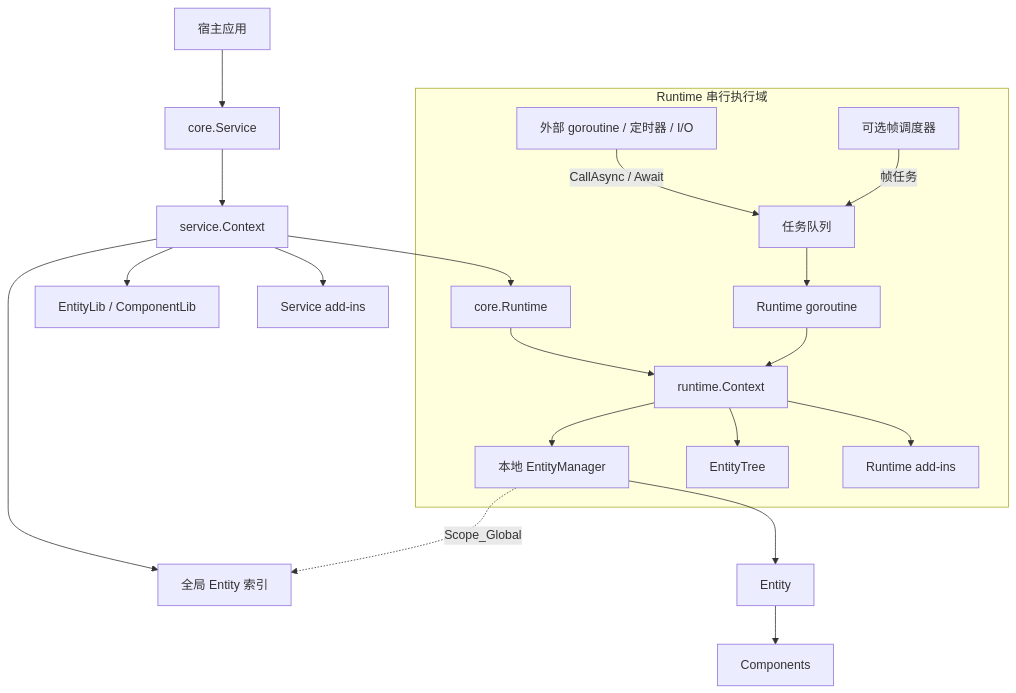
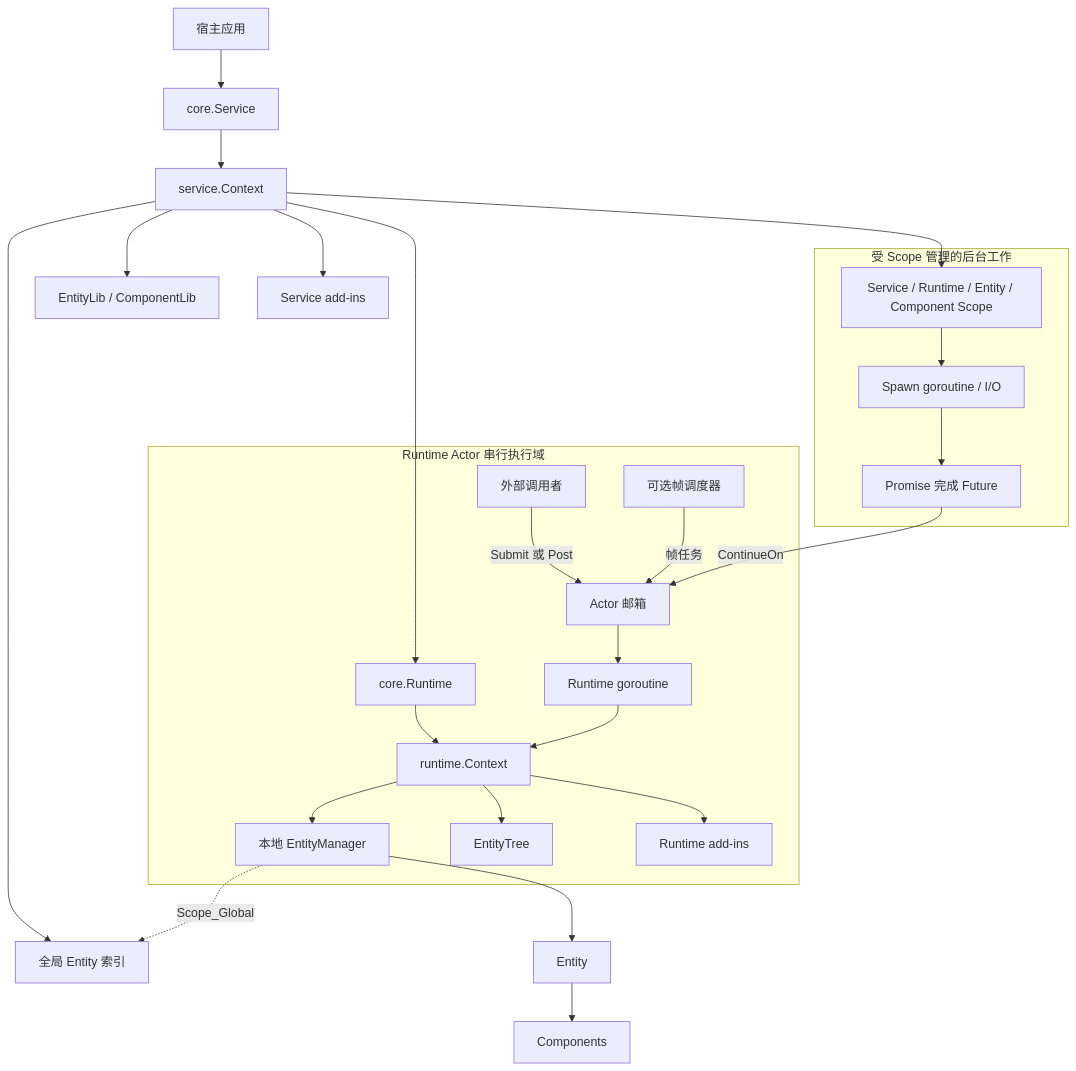
The first of 3 diagrams in README.zh_CN.md (pangdogs/core), drawn with Mermaid before and after one commit. The commit also changed other lines of this file and 50 other files, not shown here.

````diff
--- a/README.zh_CN.md
+++ b/README.zh_CN.md
@@ -72,24 +72,32 @@
 ```mermaid
 flowchart TB
     Host[宿主应用] --> ServiceObject[core.Service]
     ServiceObject --> ServiceContext[service.Context]
     ServiceContext --> PrototypeLibraries[EntityLib / ComponentLib]
     ServiceContext --> ServiceAddins[Service add-ins]
     ServiceContext --> GlobalIndex[全局 Entity 索引]
 
-    subgraph RuntimeScope[Runtime 串行执行域]
+    subgraph RuntimeDomain[Runtime Actor 串行执行域]
         RuntimeObject[core.Runtime] --> RuntimeContext[runtime.Context]
-        ExternalWork[外部 goroutine / 定时器 / I/O] -->|CallAsync / Await| TaskQueue[任务队列]
+        ExternalCaller[外部调用者] -->|Submit 或 Post| TaskQueue[Actor 邮箱]
         FrameScheduler[可选帧调度器] -->|帧任务| TaskQueue
         TaskQueue --> RuntimeLoop[Runtime goroutine]
         RuntimeLoop --> RuntimeContext
         RuntimeContext --> LocalManager[本地 EntityManager]
         RuntimeContext --> EntityTree[EntityTree]
         RuntimeContext --> RuntimeAddins[Runtime add-ins]
     end
 
     ServiceContext --> RuntimeObject
     LocalManager --> Entity[Entity]
     Entity --> Component[Components]
     LocalManager -.->|Scope_Global| GlobalIndex
+
+    subgraph AsyncWork[受 Scope 管理的后台工作]
+        LifetimeScope[Service / Runtime / Entity / Component Scope] --> SpawnTask[Spawn goroutine / I/O]
+        SpawnTask --> Promise[Promise 完成 Future]
+    end
+
+    ServiceContext --> LifetimeScope
+    Promise -->|ContinueOn| TaskQueue
 ```
````
